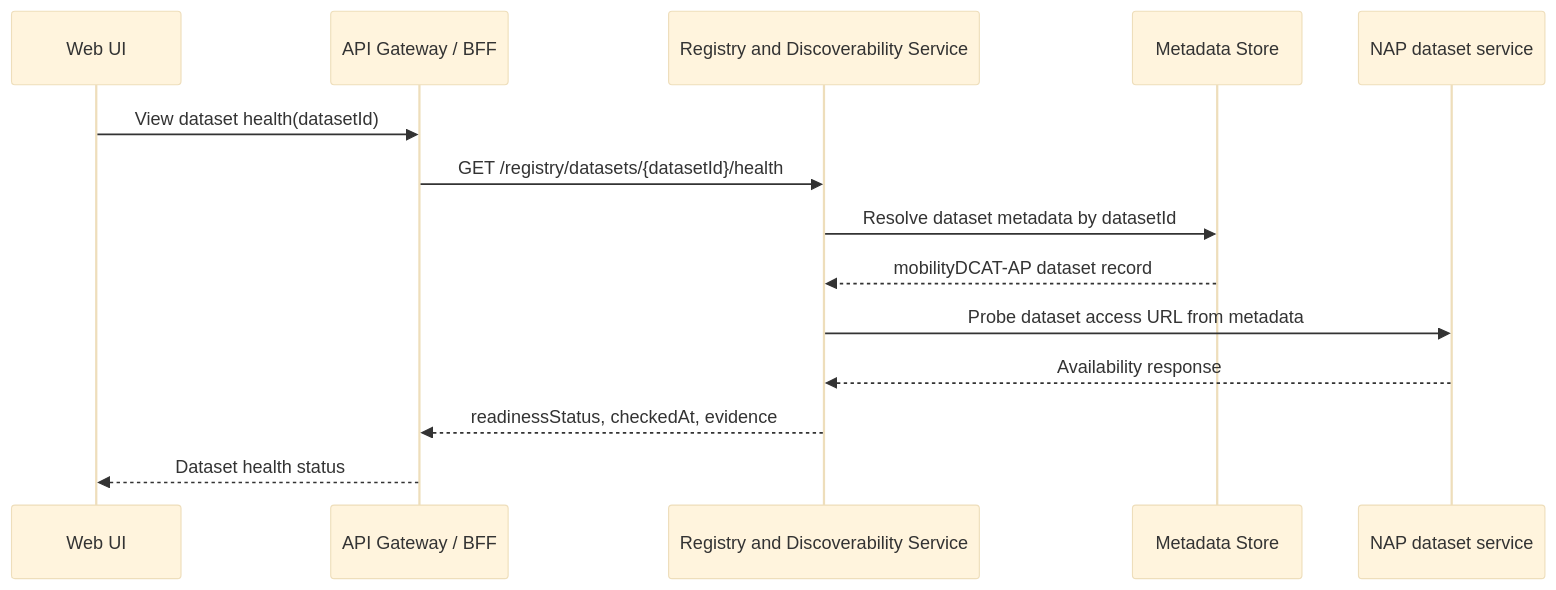
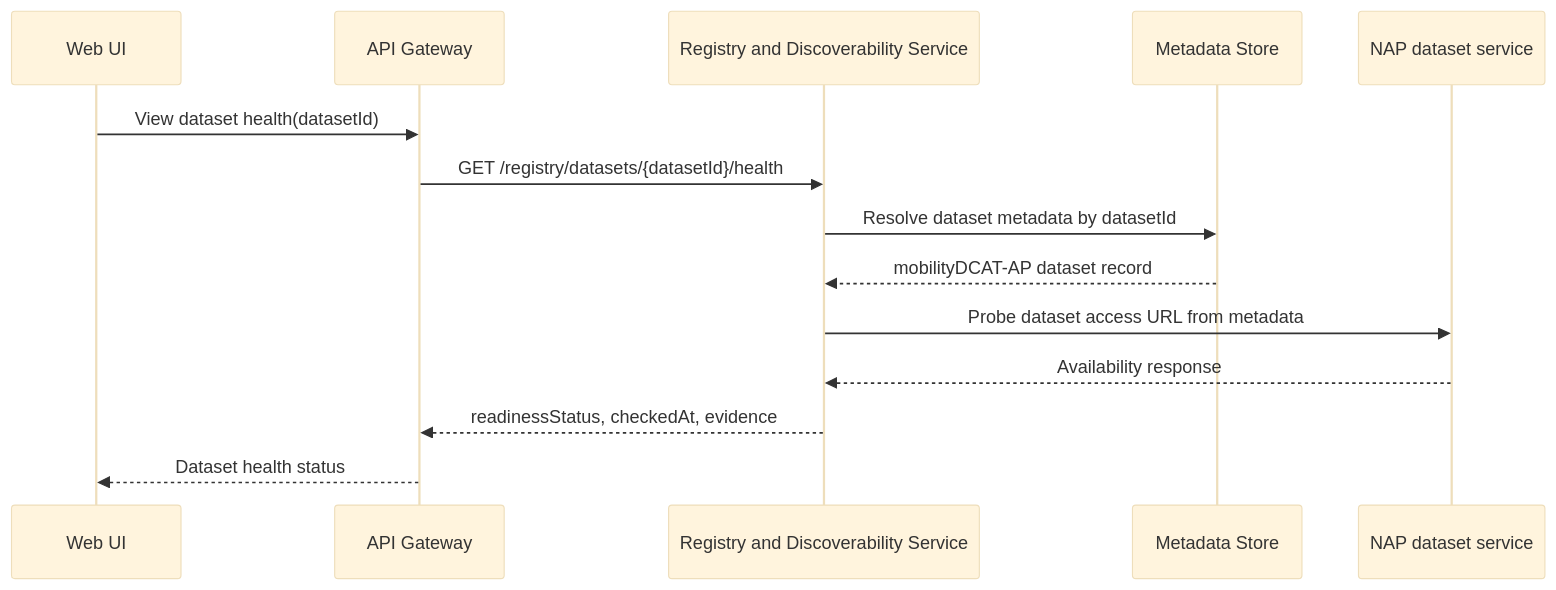
Before and after one commit to UM-KGPI/Napcore-ITS-Reporting: the sixth of 6 diagrams in docs/architecture/c4-design.md, drawn with Mermaid (base theme). The commit also changed other lines of this file and 13 other files, not shown here.

Commit message:
docs: refine container diagrams and add DOT layouts (#1)

````diff
--- a/docs/architecture/c4-design.md
+++ b/docs/architecture/c4-design.md
@@ -232,17 +237,17 @@
 ```mermaid
 sequenceDiagram
     participant UI as Web UI
-    participant BFF as API Gateway / BFF
+    participant BFF as API Gateway
     participant REG as Registry and Discoverability Service
     participant META as Metadata Store
     participant NAP as NAP dataset service
 
     UI->>BFF: View dataset health(datasetId)
     BFF->>REG: GET /registry/datasets/{datasetId}/health
     REG->>META: Resolve dataset metadata by datasetId
     META-->>REG: mobilityDCAT-AP dataset record
     REG->>NAP: Probe dataset access URL from metadata
     NAP-->>REG: Availability response
     REG-->>BFF: readinessStatus, checkedAt, evidence
     BFF-->>UI: Dataset health status
 ```
````
